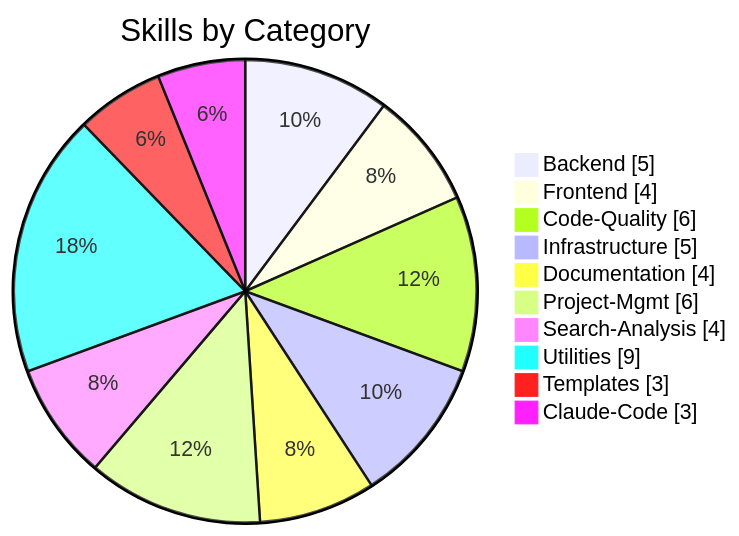
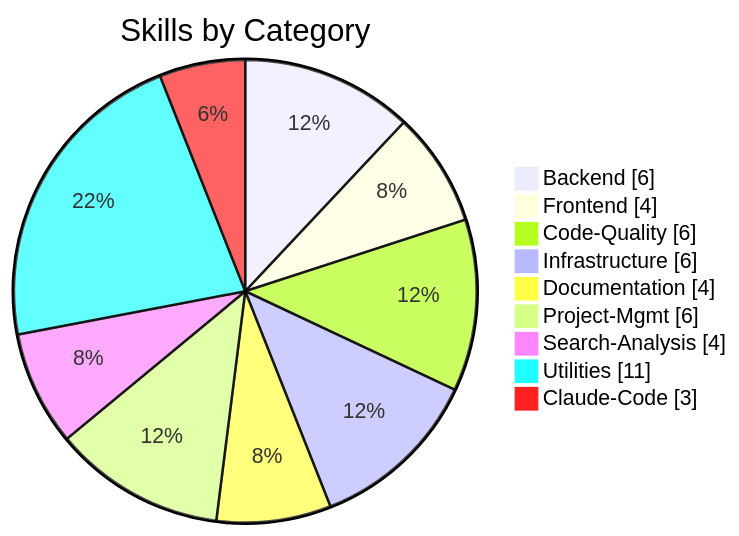
One commit to supercent-io/skills-template changed the second of 2 diagrams in README.md. Above: the diagram before and after it, drawn with Mermaid. The commit also changed other lines of this file and 2 other files, not shown here.

````diff
--- a/README.md
+++ b/README.md
@@ -201,14 +205,13 @@
 ```mermaid
 pie showData
     title Skills by Category
-    "Backend" : 5
+    "Backend" : 6
     "Frontend" : 4
     "Code-Quality" : 6
-    "Infrastructure" : 5
+    "Infrastructure" : 6
     "Documentation" : 4
     "Project-Mgmt" : 6
     "Search-Analysis" : 4
-    "Utilities" : 9
-    "Templates" : 3
+    "Utilities" : 11
     "Claude-Code" : 3
 ```
````
